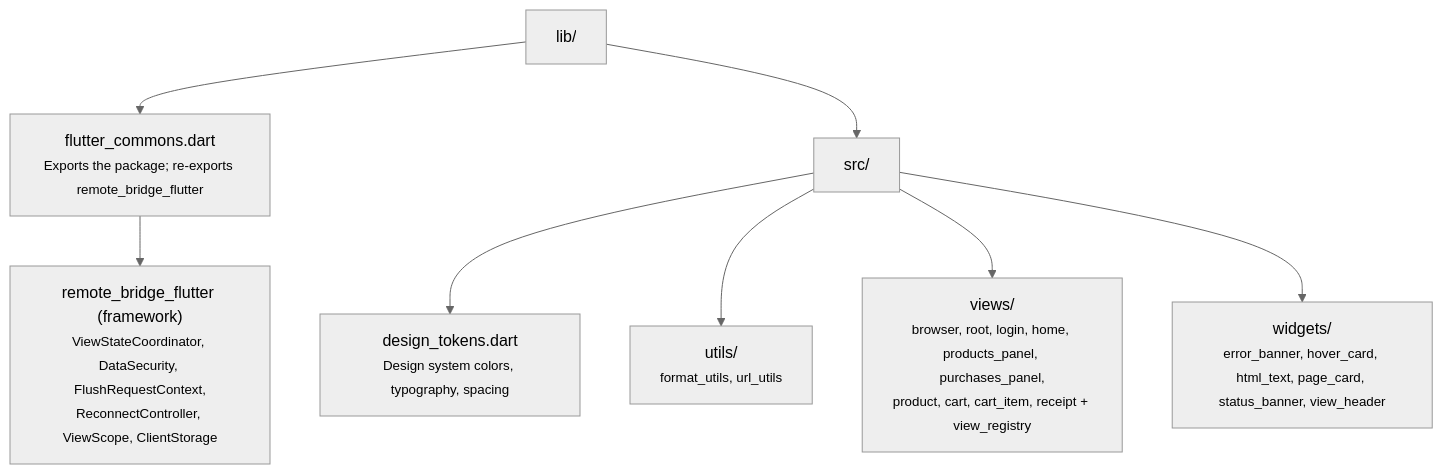
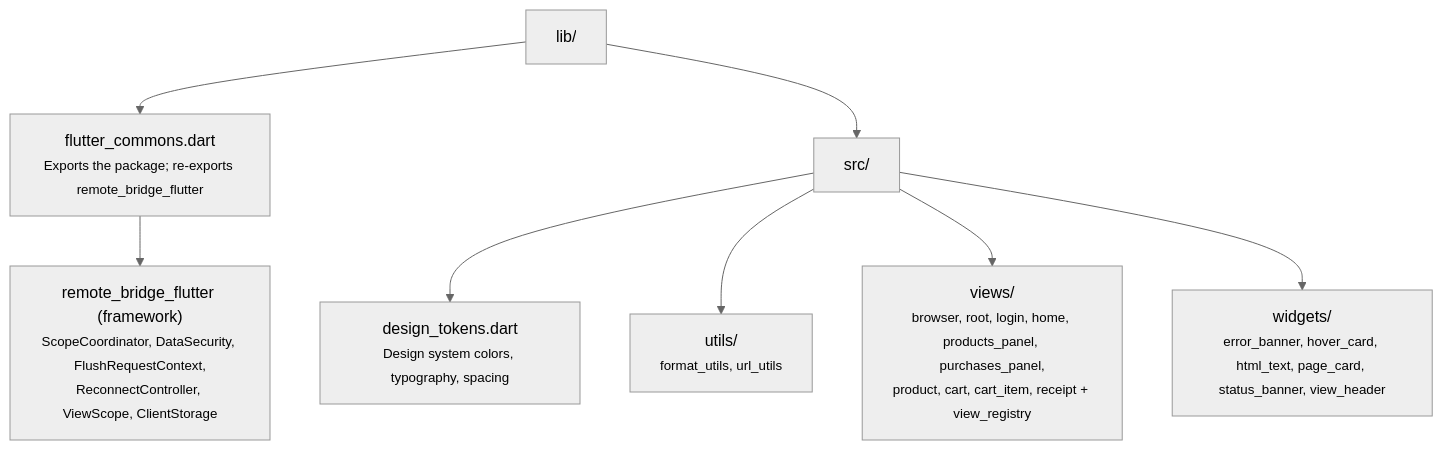
The diagram in fontes/br.com.wdc.store/br.com.wdc.store.view.remote/remote.shell.flutter/flutter.commons/README.md (mrcdom/wdc-cube-java-v2), drawn with Mermaid (neutral theme) before and after one commit. The commit also changed 222 other files, not shown here.

First line of the commit message:
♻️ [REFACTOR] ViewState becomes Scope in code, protocol and docs

````diff
--- a/fontes/br.com.wdc.store/br.com.wdc.store.view.remote/remote.shell.flutter/flutter.commons/README.md
+++ b/fontes/br.com.wdc.store/br.com.wdc.store.view.remote/remote.shell.flutter/flutter.commons/README.md
@@ -9,19 +9,19 @@
 ```mermaid
 graph TD
     lib["lib/"]
     entry["flutter_commons.dart<br/><small>Exports the package; re-exports remote_bridge_flutter</small>"]
     src["src/"]
     dt["design_tokens.dart<br/><small>Design system colors, typography, spacing</small>"]
     utils["utils/<br/><small>format_utils, url_utils</small>"]
     views["views/<br/><small>browser, root, login, home, products_panel, purchases_panel,<br/>product, cart, cart_item, receipt + view_registry</small>"]
     widgets["widgets/<br/><small>error_banner, hover_card, html_text, page_card, status_banner, view_header</small>"]
-    bridge["remote_bridge_flutter (framework)<br/><small>ViewStateCoordinator, DataSecurity, FlushRequestContext,<br/>ReconnectController, ViewScope, ClientStorage</small>"]
+    bridge["remote_bridge_flutter (framework)<br/><small>ScopeCoordinator, DataSecurity, FlushRequestContext,<br/>ReconnectController, ViewScope, ClientStorage</small>"]
 
     lib --> entry
     lib --> src
     src --> dt
     src --> utils
     src --> views
     src --> widgets
     entry --> bridge
 ```
````
